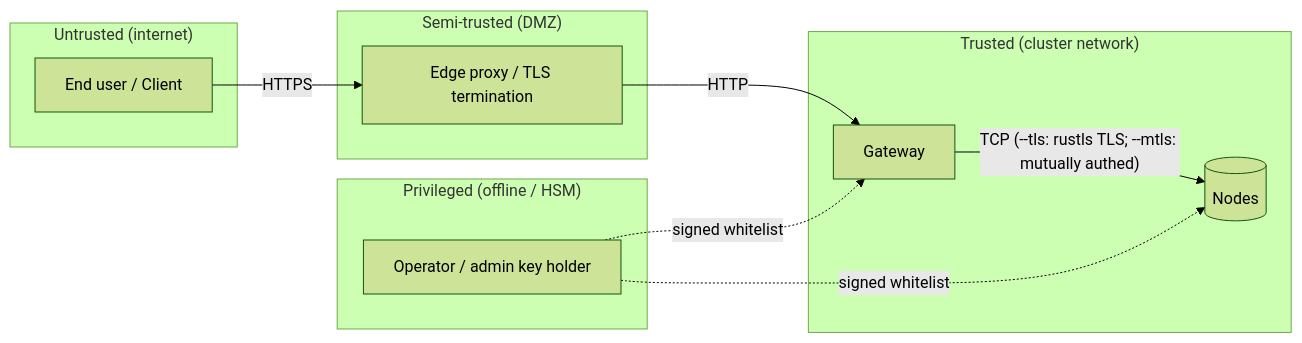
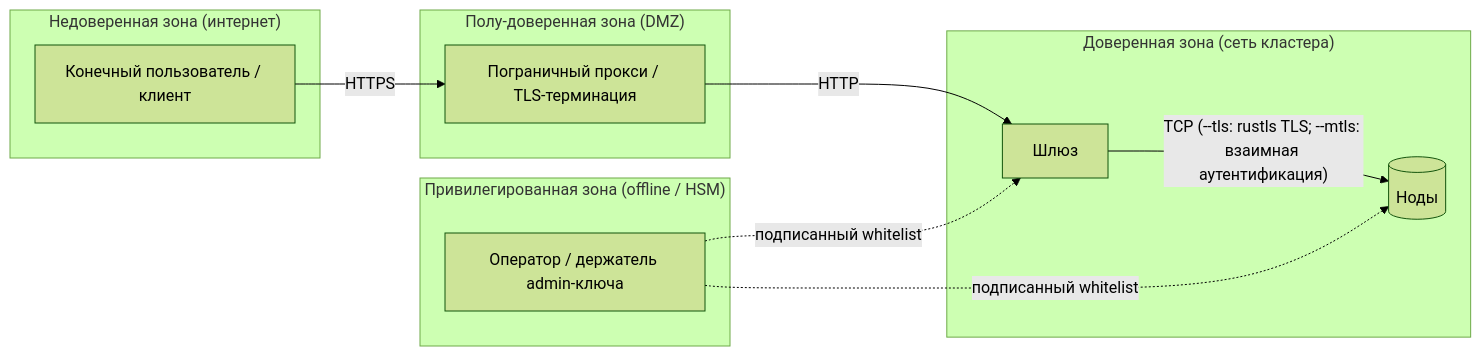
The diagram in docs/ru/threat-model.md (rmorenko/holofs), drawn with Mermaid (forest theme) before and after one commit. The commit also changed other lines of this file and 3 other files, not shown here.

First line of the commit message:
docs: retranslate ru/{README,threat-model,architecture,theory}.md against 1.0.0 canon

````diff
--- a/docs/ru/threat-model.md
+++ b/docs/ru/threat-model.md
@@ -64,21 +60,21 @@
 ```mermaid
 flowchart LR
-    user[End user / Client] -->|HTTPS| edge[Edge proxy / TLS termination]
-    edge -->|HTTP| gw[Gateway]
-    gw -->|"TCP (--tls: rustls TLS; --mtls: mutually authed)"| nodes[(Nodes)]
-    admin[Operator / admin key holder] -.->|signed whitelist| nodes
-    admin -.->|signed whitelist| gw
-    subgraph TB1["Untrusted (internet)"]
+    user[Конечный пользователь / клиент] -->|HTTPS| edge[Пограничный прокси / TLS-терминация]
+    edge -->|HTTP| gw[Шлюз]
+    gw -->|"TCP (--tls: rustls TLS; --mtls: взаимная аутентификация)"| nodes[(Ноды)]
+    admin[Оператор / держатель admin-ключа] -.->|подписанный whitelist| nodes
+    admin -.->|подписанный whitelist| gw
+    subgraph TB1["Недоверенная зона (интернет)"]
         user
     end
-    subgraph TB2["Semi-trusted (DMZ)"]
+    subgraph TB2["Полу-доверенная зона (DMZ)"]
         edge
     end
-    subgraph TB3["Trusted (cluster network)"]
+    subgraph TB3["Доверенная зона (сеть кластера)"]
         gw
         nodes
     end
-    subgraph TB4["Privileged (offline / HSM)"]
+    subgraph TB4["Привилегированная зона (offline / HSM)"]
         admin
     end
 ```
````
